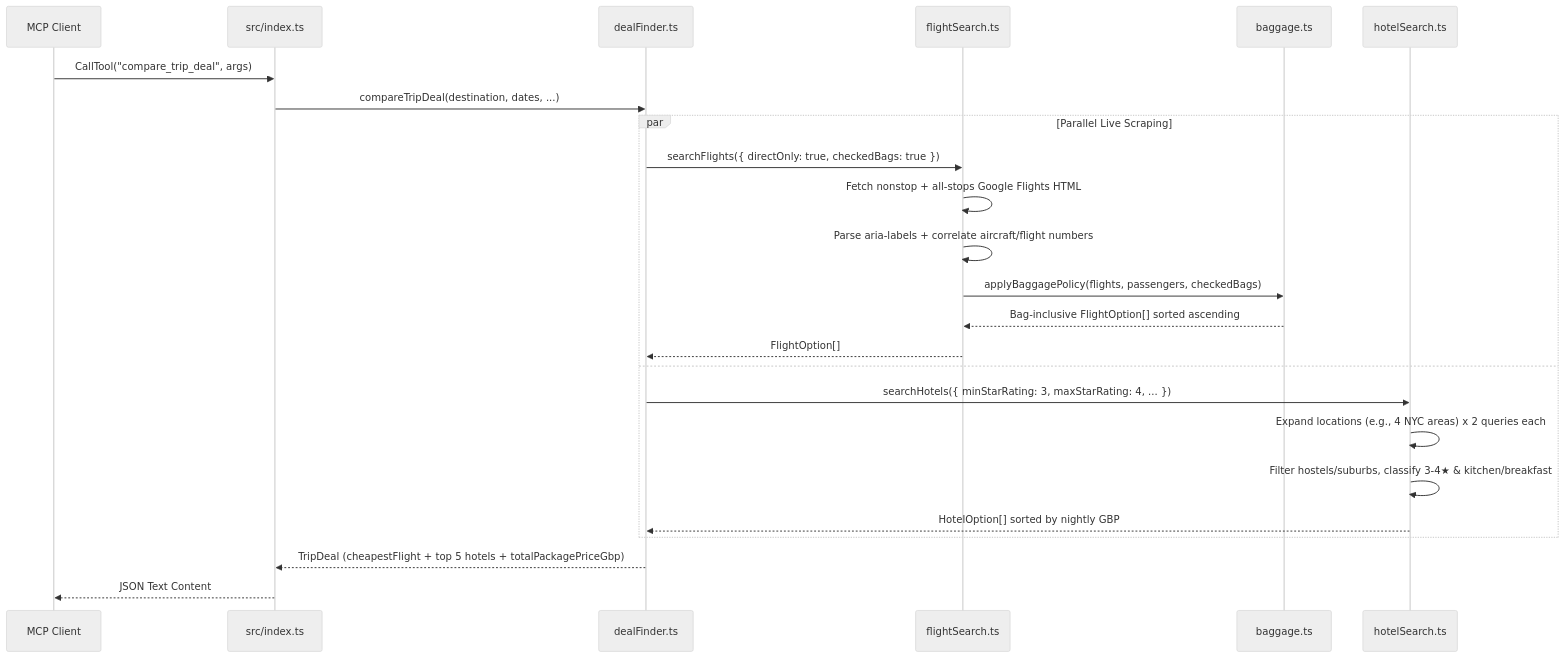
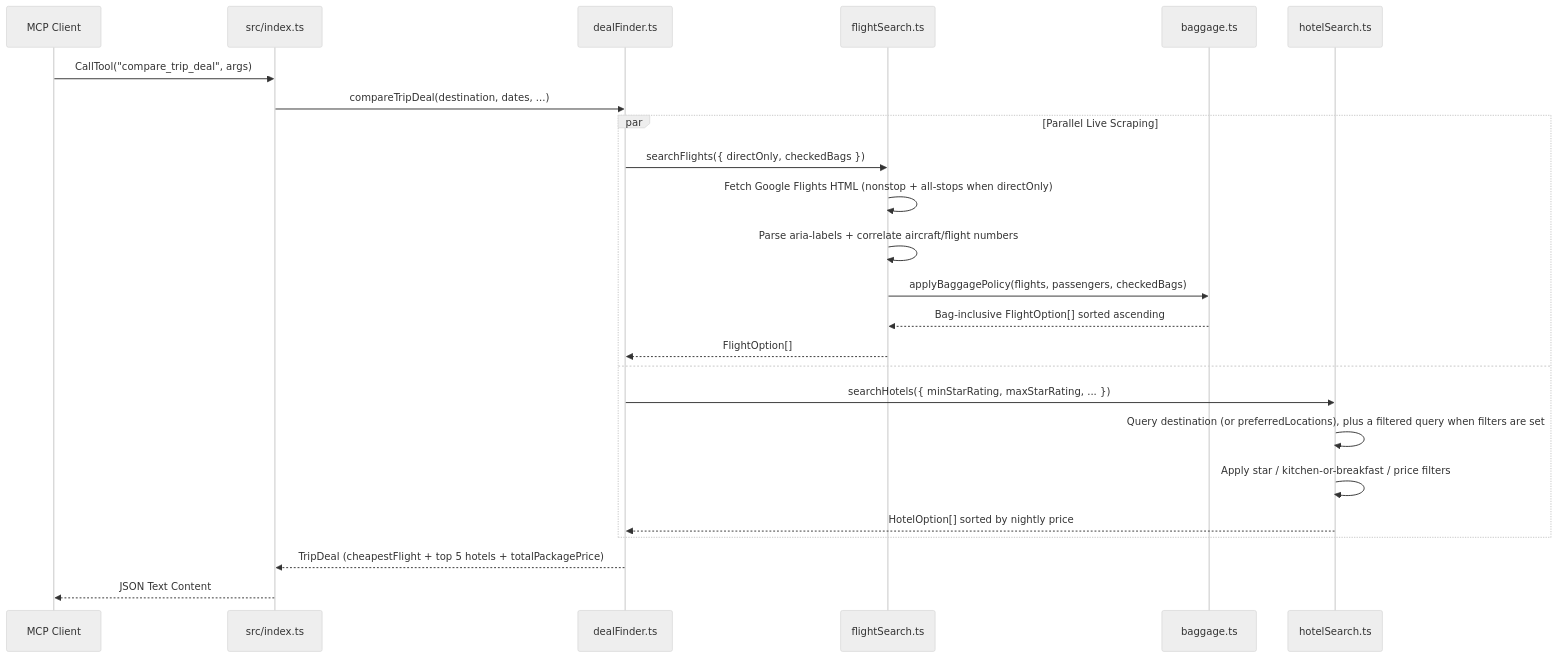
One commit to p9tdfv98tt-debug/travel-mcp changed the second of 2 diagrams in TECHNICAL.md. Above: the diagram before and after it, drawn with Mermaid (neutral theme). The commit also changed other lines of this file and 17 other files, not shown here.

````diff
--- a/TECHNICAL.md
+++ b/TECHNICAL.md
@@ -79,27 +78,27 @@
 ```mermaid
 sequenceDiagram
     participant C as MCP Client
     participant S as src/index.ts
     participant D as dealFinder.ts
     participant F as flightSearch.ts
     participant B as baggage.ts
     participant H as hotelSearch.ts
 
     C->>S: CallTool("compare_trip_deal", args)
     S->>D: compareTripDeal(destination, dates, ...)
     par Parallel Live Scraping
-        D->>F: searchFlights({ directOnly: true, checkedBags: true })
-        F->>F: Fetch nonstop + all-stops Google Flights HTML
+        D->>F: searchFlights({ directOnly, checkedBags })
+        F->>F: Fetch Google Flights HTML (nonstop + all-stops when directOnly)
         F->>F: Parse aria-labels + correlate aircraft/flight numbers
         F->>B: applyBaggagePolicy(flights, passengers, checkedBags)
         B-->>F: Bag-inclusive FlightOption[] sorted ascending
         F-->>D: FlightOption[]
     and
-        D->>H: searchHotels({ minStarRating: 3, maxStarRating: 4, ... })
-        H->>H: Expand locations (e.g., 4 NYC areas) x 2 queries each
-        H->>H: Filter hostels/suburbs, classify 3-4★ & kitchen/breakfast
-        H-->>D: HotelOption[] sorted by nightly GBP
+        D->>H: searchHotels({ minStarRating, maxStarRating, ... })
+        H->>H: Query destination (or preferredLocations), plus a filtered query when filters are set
+        H->>H: Apply star / kitchen-or-breakfast / price filters
+        H-->>D: HotelOption[] sorted by nightly price
     end
-    D-->>S: TripDeal (cheapestFlight + top 5 hotels + totalPackagePriceGbp)
+    D-->>S: TripDeal (cheapestFlight + top 5 hotels + totalPackagePrice)
     S-->>C: JSON Text Content
 ```
````
